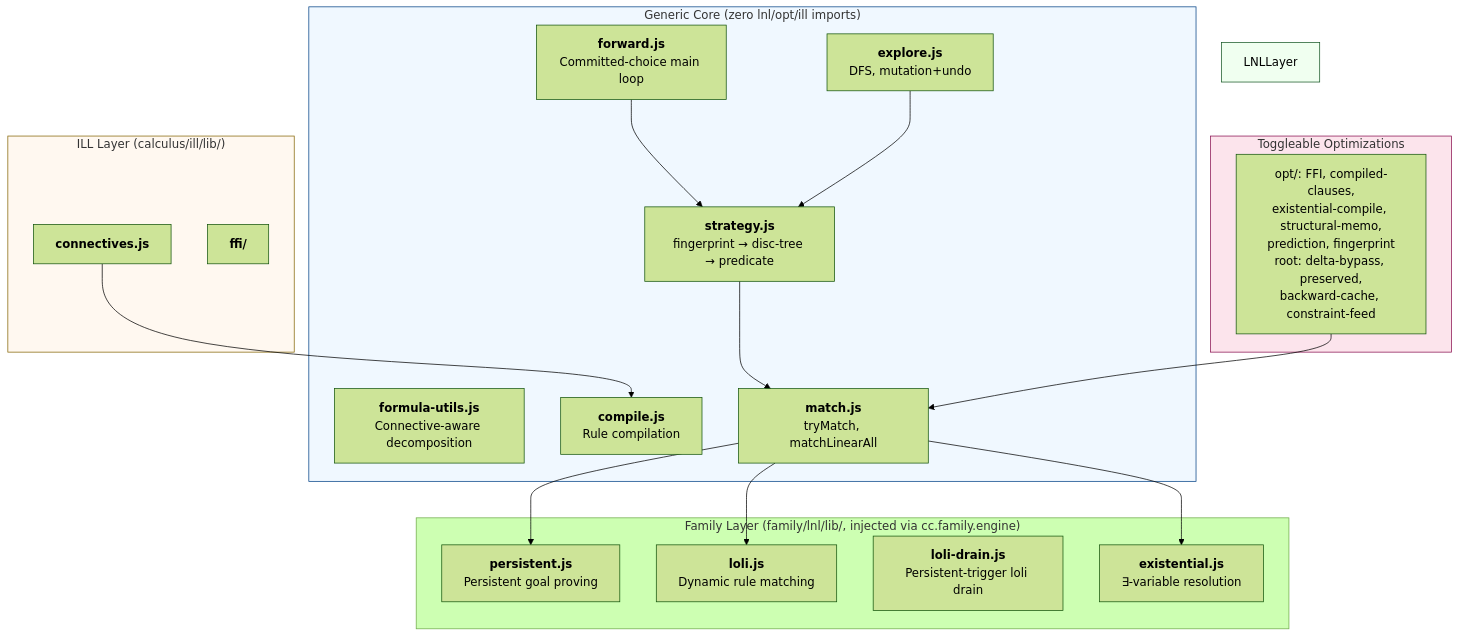
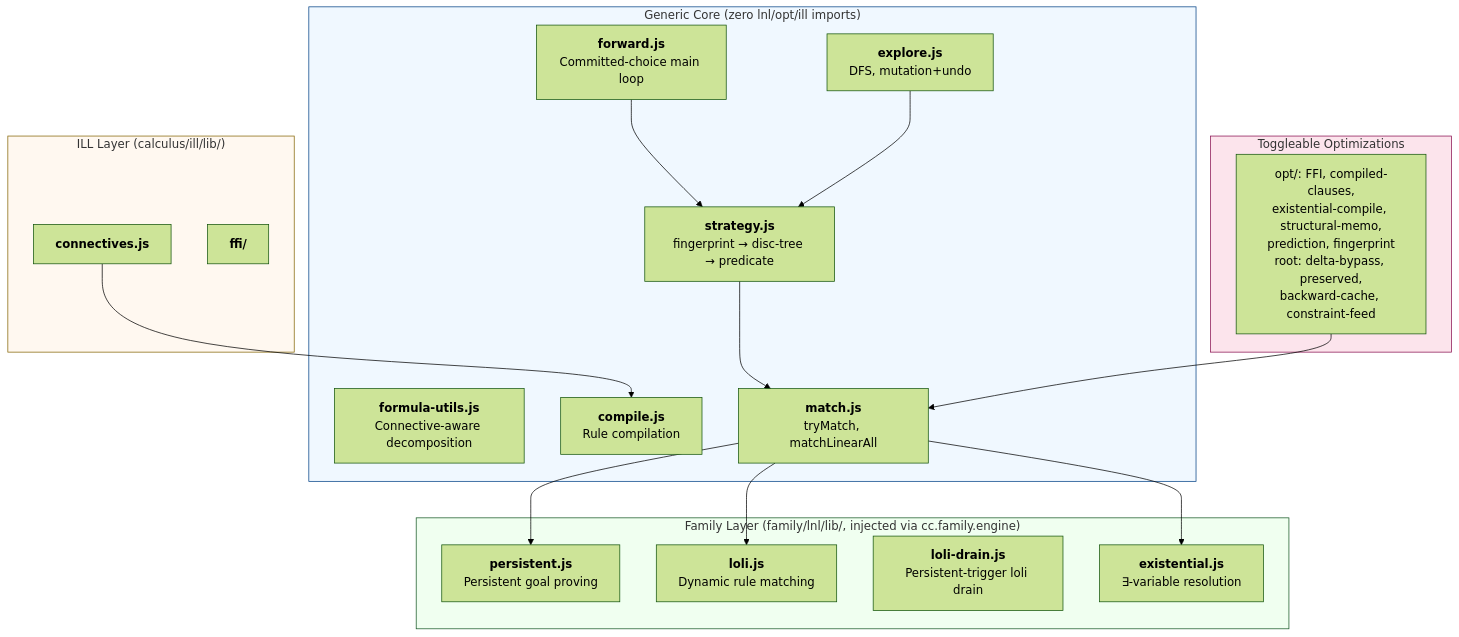
One commit to mhhf/calc changed the second of 2 diagrams in doc/documentation/architecture.md. Above: the diagram before and after it, drawn with Mermaid (forest theme). The commit also changed other lines of this file and 15 other files, not shown here.

````diff
--- a/doc/documentation/architecture.md
+++ b/doc/documentation/architecture.md
@@ -264,41 +264,41 @@
 ```mermaid
 graph TB
     subgraph GenericCore["Generic Core (zero lnl/opt/ill imports)"]
         FORM["<b>formula-utils.js</b><br/>Connective-aware decomposition"]
         COMP["<b>compile.js</b><br/>Rule compilation"]
         MAT["<b>match.js</b><br/>tryMatch, matchLinearAll"]
         STRAT["<b>strategy.js</b><br/>fingerprint → disc-tree → predicate"]
         EXEC["<b>forward.js</b><br/>Committed-choice main loop"]
         EXP["<b>explore.js</b><br/>DFS, mutation+undo"]
     end
 
     subgraph FamilyLayer["Family Layer (family/lnl/lib/, injected via cc.family.engine)"]
         PERS["<b>persistent.js</b><br/>Persistent goal proving"]
         LOLI["<b>loli.js</b><br/>Dynamic rule matching"]
         DRAIN["<b>loli-drain.js</b><br/>Persistent-trigger loli drain"]
         EXIS["<b>existential.js</b><br/>∃-variable resolution"]
     end
 
     subgraph ILLLayer["ILL Layer (calculus/ill/lib/)"]
         CONN["<b>connectives.js</b>"]
         FFIL["<b>ffi/</b>"]
     end
 
     subgraph OptLayer["Toggleable Optimizations"]
         OPT["opt/: FFI, compiled-clauses,<br/>existential-compile, structural-memo,<br/>prediction, fingerprint<br/>root: delta-bypass, preserved,<br/>backward-cache, constraint-feed"]
     end
 
     STRAT --> MAT
     MAT --> PERS
     MAT --> LOLI
     MAT --> EXIS
     EXEC --> STRAT
     EXP --> STRAT
     CONN --> COMP
     OPT --> MAT
 
     style GenericCore fill:#f0f8ff,stroke:#004085
-    style LNLLayer fill:#f0fff0,stroke:#155724
+    style FamilyLayer fill:#f0fff0,stroke:#155724
     style ILLLayer fill:#fff8f0,stroke:#856404
     style OptLayer fill:#fce4ec,stroke:#880e4f
 ```
````
